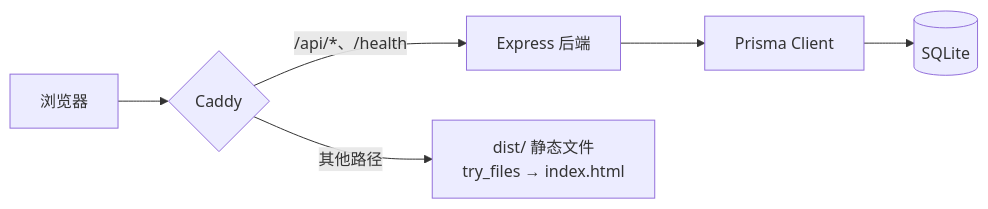
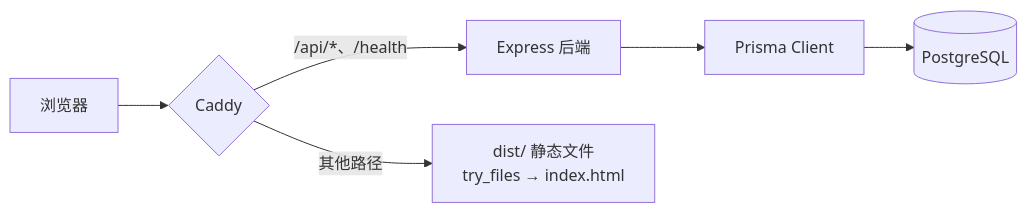
Before and after one commit to ArthurUker/Tianjiabing_foodtestlab: the second of 5 diagrams in README.md, drawn with Mermaid. The commit also changed other lines of this file and 11 other files, not shown here.

First line of the commit message:
feat: 落地 PostgreSQL 方案②（Schema-per-tenant）租户路由

````diff
--- a/README.md
+++ b/README.md
@@ -101,8 +101,8 @@
 ```mermaid
 flowchart LR
     B[浏览器] --> C{Caddy}
     C -->|/api/*、/health| N[Express 后端]
     C -->|其他路径| S[dist/ 静态文件<br/>try_files → index.html]
     N --> P[Prisma Client]
-    P --> Q[(SQLite)]
+    P --> Q[(PostgreSQL)]
 ```
````
